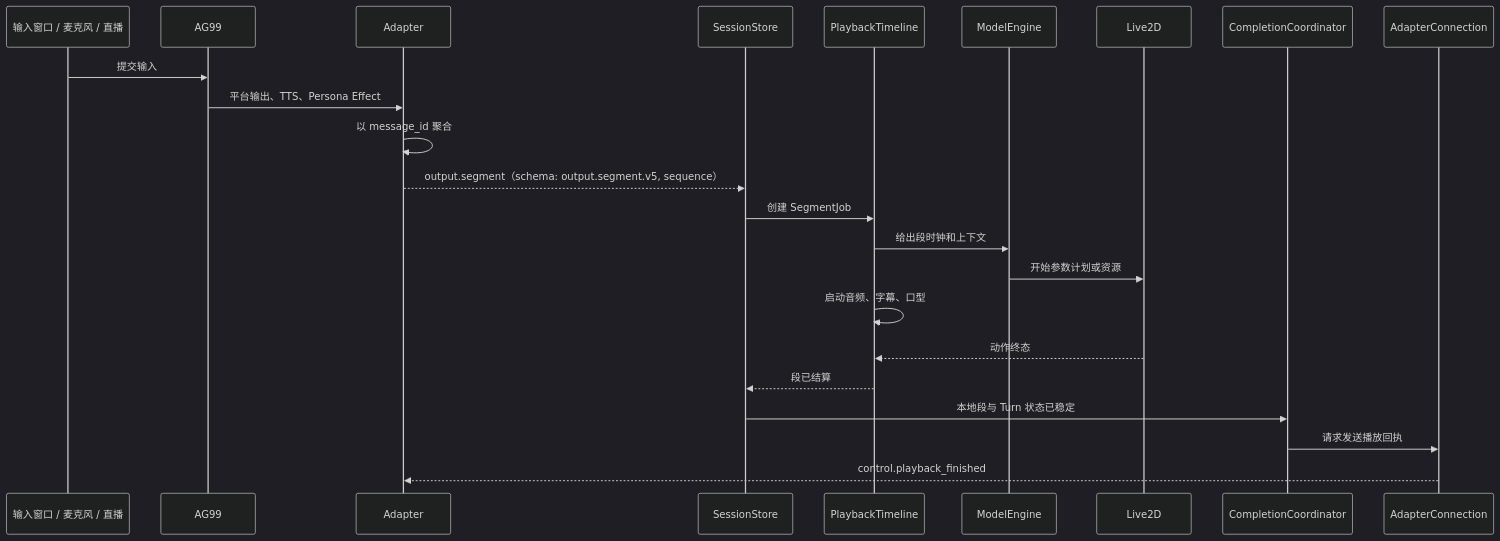
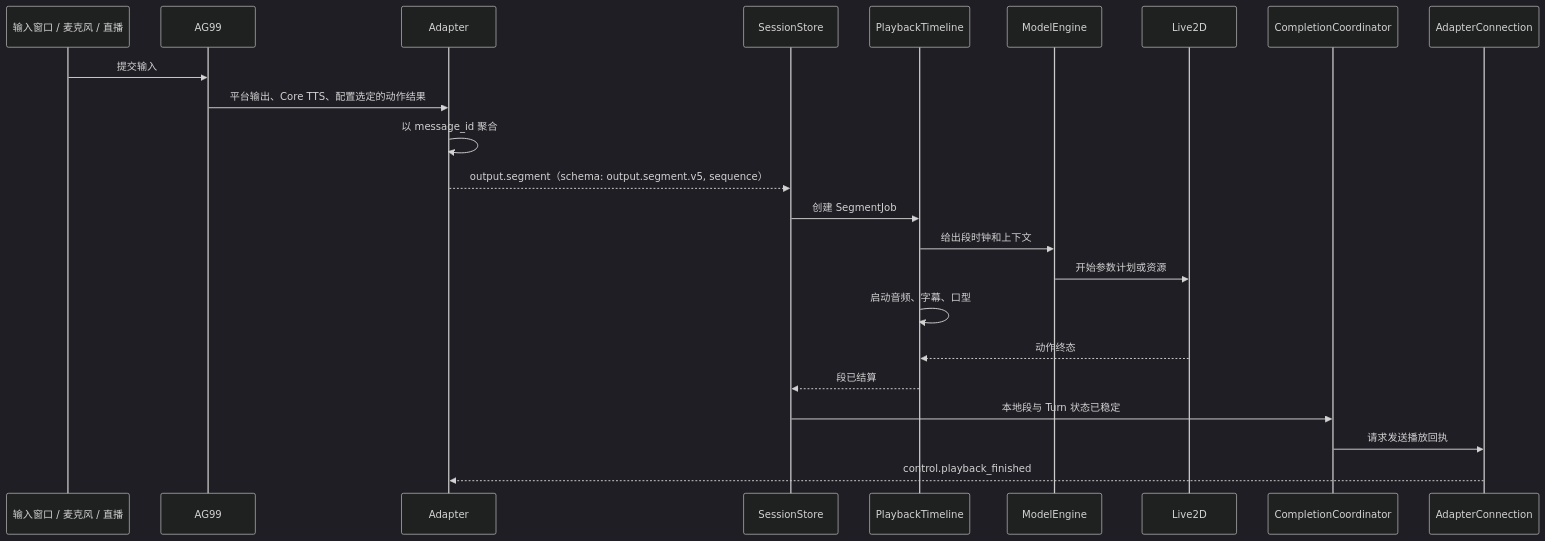
Before and after one commit to murphys7017/AG99live: the diagram in docs/01-架构与结构/05-端到端消息播放时序.md, drawn with Mermaid (dark theme). The commit also changed other lines of this file and 20 other files, not shown here.

````diff
--- a/docs/01-架构与结构/05-端到端消息播放时序.md
+++ b/docs/01-架构与结构/05-端到端消息播放时序.md
@@ -5,26 +5,26 @@
 ```mermaid
 sequenceDiagram
     participant I as 输入窗口 / 麦克风 / 直播
     participant A as AG99
     participant P as Adapter
     participant S as SessionStore
     participant T as PlaybackTimeline
     participant M as ModelEngine
     participant L as Live2D
     participant C as CompletionCoordinator
     participant W as AdapterConnection
 
     I->>A: 提交输入
-    A->>P: 平台输出、TTS、Persona Effect
+    A->>P: 平台输出、Core TTS、配置选定的动作结果
     P->>P: 以 message_id 聚合
     P-->>S: output.segment（schema: output.segment.v5, sequence）
     S->>T: 创建 SegmentJob
     T->>M: 给出段时钟和上下文
     M->>L: 开始参数计划或资源
     T->>T: 启动音频、字幕、口型
     L-->>T: 动作终态
     T-->>S: 段已结算
     S->>C: 本地段与 Turn 状态已稳定
     C->>W: 请求发送播放回执
     W-->>P: control.playback_finished
 ```
````
